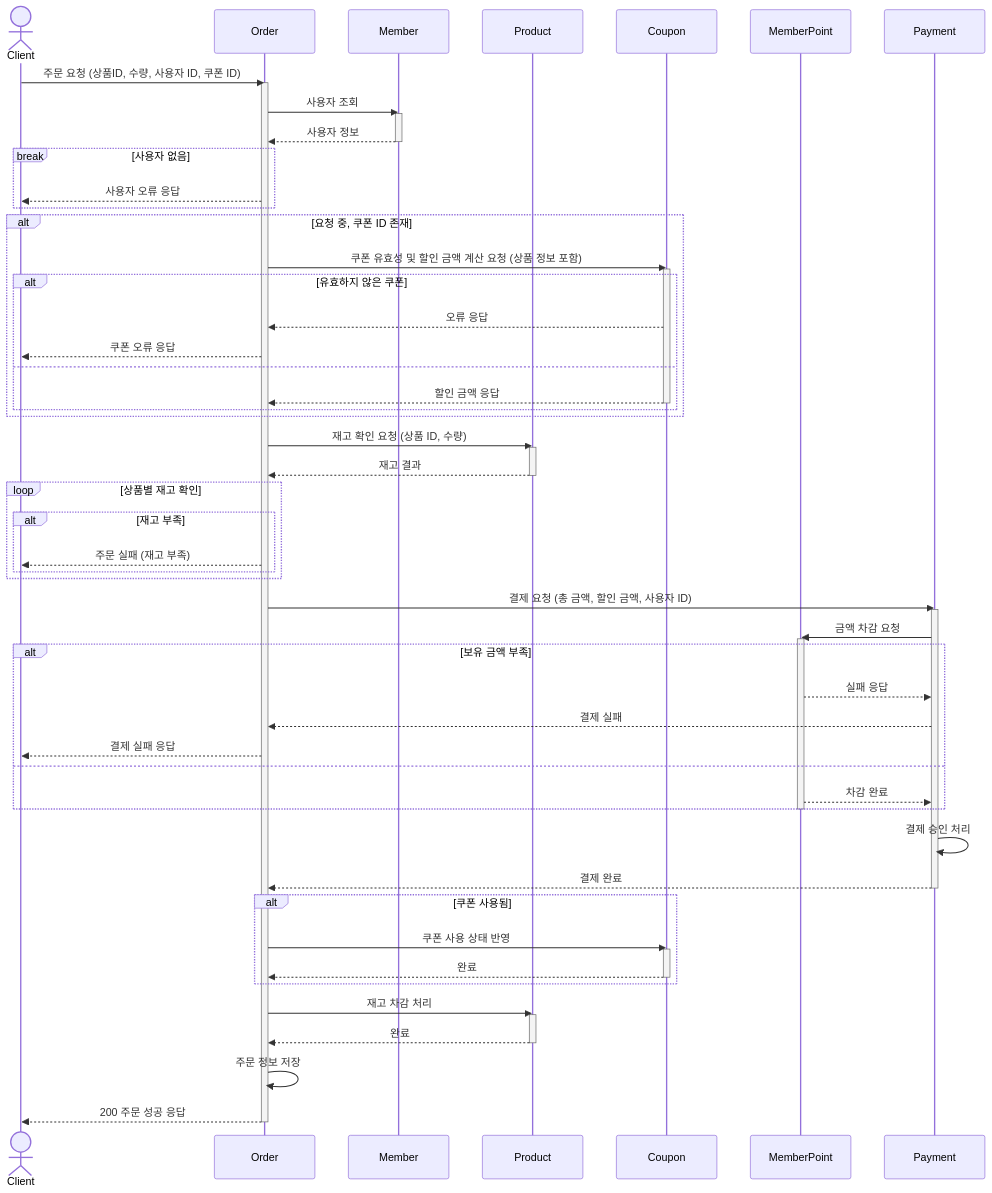
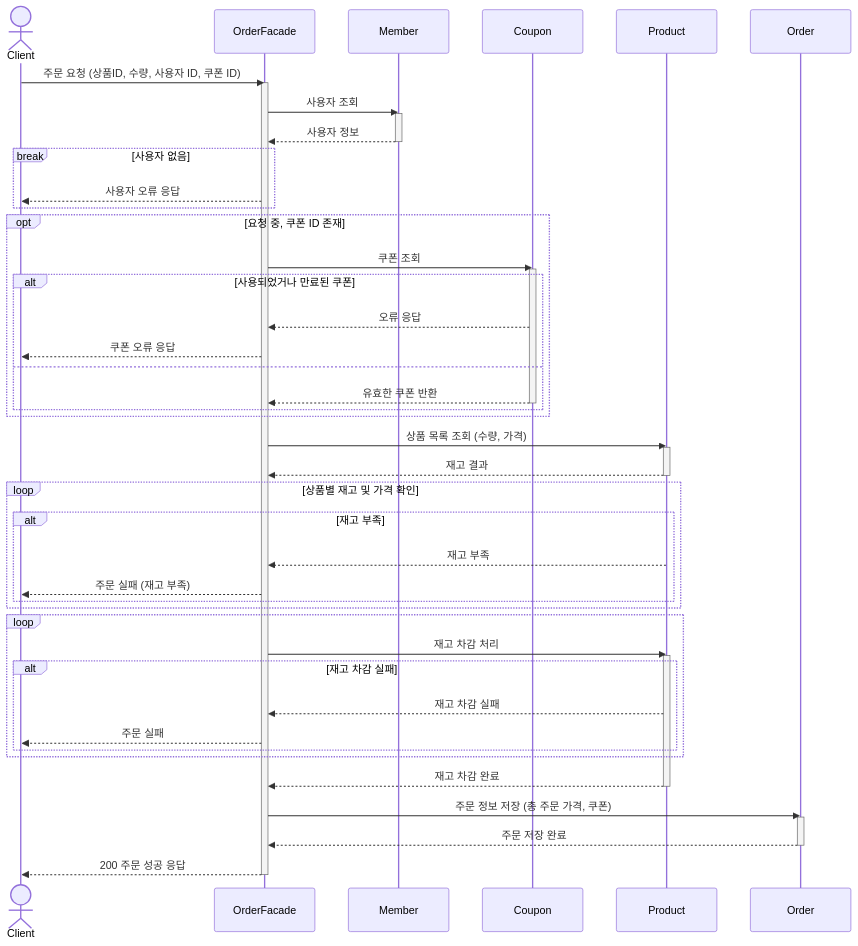
Before and after one commit to hjlee5701/e-commerce: the diagram in docs/diagram/sequence/OrderSequence.md, drawn with Mermaid.

Commit message:
[FEAT] 주문 시퀀스 v2 업데이트

````diff
--- a/docs/diagram/sequence/OrderSequence.md
+++ b/docs/diagram/sequence/OrderSequence.md
@@ -2,80 +2,61 @@
 ```mermaid
 sequenceDiagram
     actor Client
+    participant OrderFacade
+    participant Member
+    participant Coupon
+    participant Product
     participant Order
-    participant Member
-    participant Product
-    participant Coupon
-    participant MemberPoint
-    participant Payment
 
-    Client->>Order: 주문 요청 (상품ID, 수량, 사용자 ID, 쿠폰 ID)
-    activate Order
+    Client->>OrderFacade: 주문 요청 (상품ID, 수량, 사용자 ID, 쿠폰 ID)
+    activate OrderFacade
 
-    Order->>Member: 사용자 조회
+    OrderFacade->>Member: 사용자 조회
     activate Member
-    Member-->>Order: 사용자 정보
+    Member-->>OrderFacade: 사용자 정보
     deactivate Member
     break 사용자 없음
-        Order-->>Client: 사용자 오류 응답
+        OrderFacade-->>Client: 사용자 오류 응답
     end
-    alt 요청 중, 쿠폰 ID 존재
-        Order->>Coupon: 쿠폰 유효성 및 할인 금액 계산 요청 (상품 정보 포함)
+    opt 요청 중, 쿠폰 ID 존재
+        OrderFacade->>Coupon: 쿠폰 조회
         activate Coupon
-        alt 유효하지 않은 쿠폰
-            Coupon-->>Order: 오류 응답
-            Order-->>Client: 쿠폰 오류 응답
+        alt 사용되었거나 만료된 쿠폰
+            Coupon-->>OrderFacade: 오류 응답
+            OrderFacade-->>Client: 쿠폰 오류 응답
         else
-            Coupon-->>Order: 할인 금액 응답
+            Coupon-->>OrderFacade: 유효한 쿠폰 반환
             deactivate Coupon
         end
     end
 
-    Order->>Product: 재고 확인 요청 (상품 ID, 수량)
+    OrderFacade->>Product: 상품 목록 조회 (수량, 가격)
     activate Product
-    Product-->>Order: 재고 결과
+    Product-->>OrderFacade: 재고 결과
     deactivate Product
 
-    loop 상품별 재고 확인
+    loop 상품별 재고 및 가격 확인
         alt 재고 부족
-            Order-->>Client: 주문 실패 (재고 부족)
+            Product-->>OrderFacade: 재고 부족
+            OrderFacade -->> Client : 주문 실패 (재고 부족)
         end
     end
-
-    Order->>Payment: 결제 요청 (총 금액, 할인 금액, 사용자 ID)
-    activate Payment
-
-    Payment->>MemberPoint: 금액 차감 요청
-    activate MemberPoint
-    alt 보유 금액 부족
-        MemberPoint-->>Payment: 실패 응답
-
-        Payment-->>Order: 결제 실패
-        Order-->>Client: 결제 실패 응답
-    else
-        MemberPoint-->>Payment: 차감 완료
+    loop
+        OrderFacade->>Product: 재고 차감 처리
+        activate Product
+        alt 재고 차감 실패
+            Product -->> OrderFacade : 재고 차감 실패
+            OrderFacade -->> Client : 주문 실패
+        end
     end
-    deactivate MemberPoint
-    Payment->>Payment: 결제 승인 처리
-    Payment-->>Order: 결제 완료
-    deactivate Payment
-
-    alt 쿠폰 사용됨
-        Order->>Coupon: 쿠폰 사용 상태 반영
-        activate Coupon
-        Coupon-->>Order: 완료
-        deactivate Coupon
-    end
-
-    Order->>Product: 재고 차감 처리
-    activate Product
-    Product-->>Order: 완료
+    Product-->>OrderFacade: 재고 차감 완료
     deactivate Product
 
-    Order->>Order: 주문 정보 저장
-    Order-->>Client: 200 주문 성공 응답
-    
-
+    OrderFacade->>Order: 주문 정보 저장 (총 주문 가격, 쿠폰)
+    activate Order
+    Order-->>OrderFacade: 주문 저장 완료
     deactivate Order
+    OrderFacade -->> Client : 200 주문 성공 응답
+    deactivate OrderFacade
 
 ```
````
